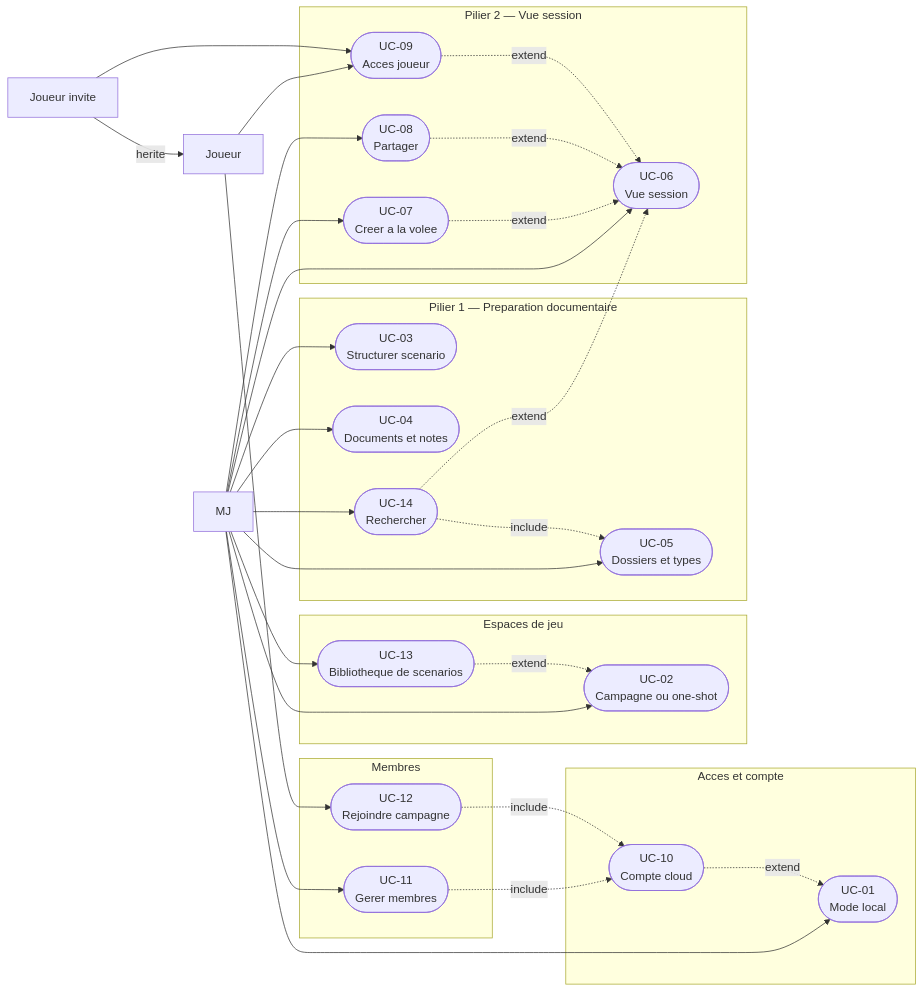
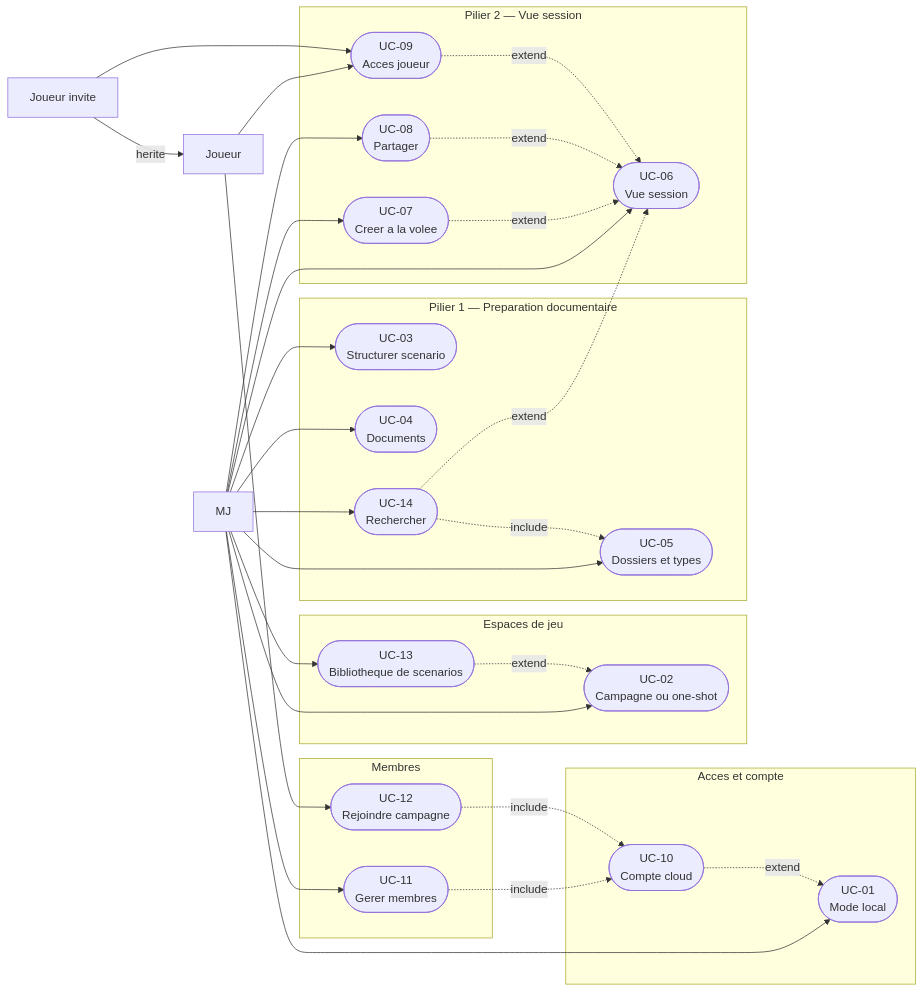
Before and after one commit to 2025-10-CDA-ECO-P6/PM-micro-saas: the second of 5 diagrams in docs/conception/usecases/use-cases.md, drawn with Mermaid. The commit also changed other lines of this file and 107 other files, not shown here.

````diff
--- a/docs/conception/usecases/use-cases.md
+++ b/docs/conception/usecases/use-cases.md
@@ -69,57 +69,57 @@
 ```mermaid
 flowchart LR
     MJ["MJ"]
     Joueur["Joueur"]
     JInvite["Joueur invite"]
     JInvite -- herite --> Joueur
 
     subgraph ACCES["Acces et compte"]
         UC01(["UC-01\nMode local"])
         UC10(["UC-10\nCompte cloud"])
     end
     subgraph ESPACES["Espaces de jeu"]
         UC02(["UC-02\nCampagne ou one-shot"])
         UC13(["UC-13\nBibliotheque de scenarios"])
     end
     subgraph PILIER1["Pilier 1 — Preparation documentaire"]
         UC03(["UC-03\nStructurer scenario"])
-        UC04(["UC-04\nDocuments et notes"])
+        UC04(["UC-04\nDocuments"])
         UC05(["UC-05\nDossiers et types"])
         UC14(["UC-14\nRechercher"])
     end
     subgraph PILIER2["Pilier 2 — Vue session"]
         UC06(["UC-06\nVue session"])
         UC07(["UC-07\nCreer a la volee"])
         UC08(["UC-08\nPartager"])
         UC09(["UC-09\nAcces joueur"])
     end
     subgraph MEMBRES["Membres"]
         UC11(["UC-11\nGerer membres"])
         UC12(["UC-12\nRejoindre campagne"])
     end
 
     MJ --> UC01
     MJ --> UC02
     MJ --> UC03
     MJ --> UC04
     MJ --> UC05
     MJ --> UC13
     MJ --> UC06
     MJ --> UC07
     MJ --> UC08
     MJ --> UC11
     MJ --> UC14
     Joueur --> UC09
     Joueur --> UC12
     JInvite --> UC09
 
     UC10 -.->|"extend"| UC01
     UC13 -.->|"extend"| UC02
     UC07 -.->|"extend"| UC06
     UC08 -.->|"extend"| UC06
     UC09 -.->|"extend"| UC06
     UC14 -.->|"extend"| UC06
     UC14 -.->|"include"| UC05
     UC11 -.->|"include"| UC10
     UC12 -.->|"include"| UC10
 ```
````
